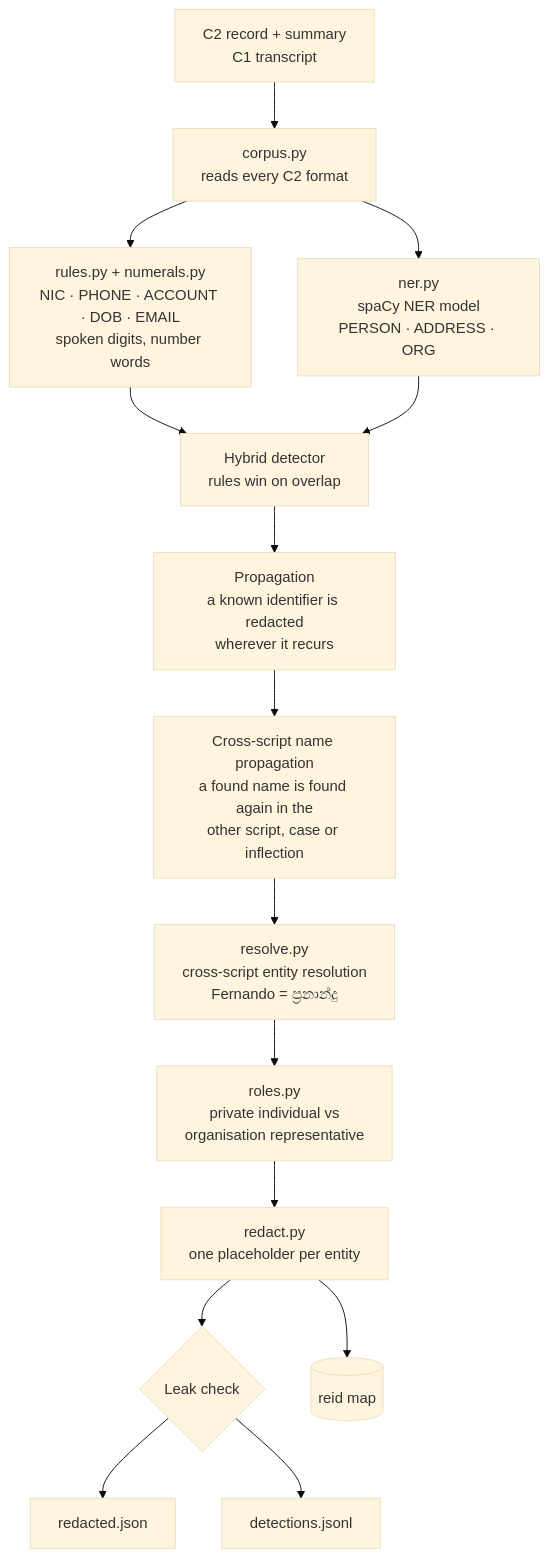
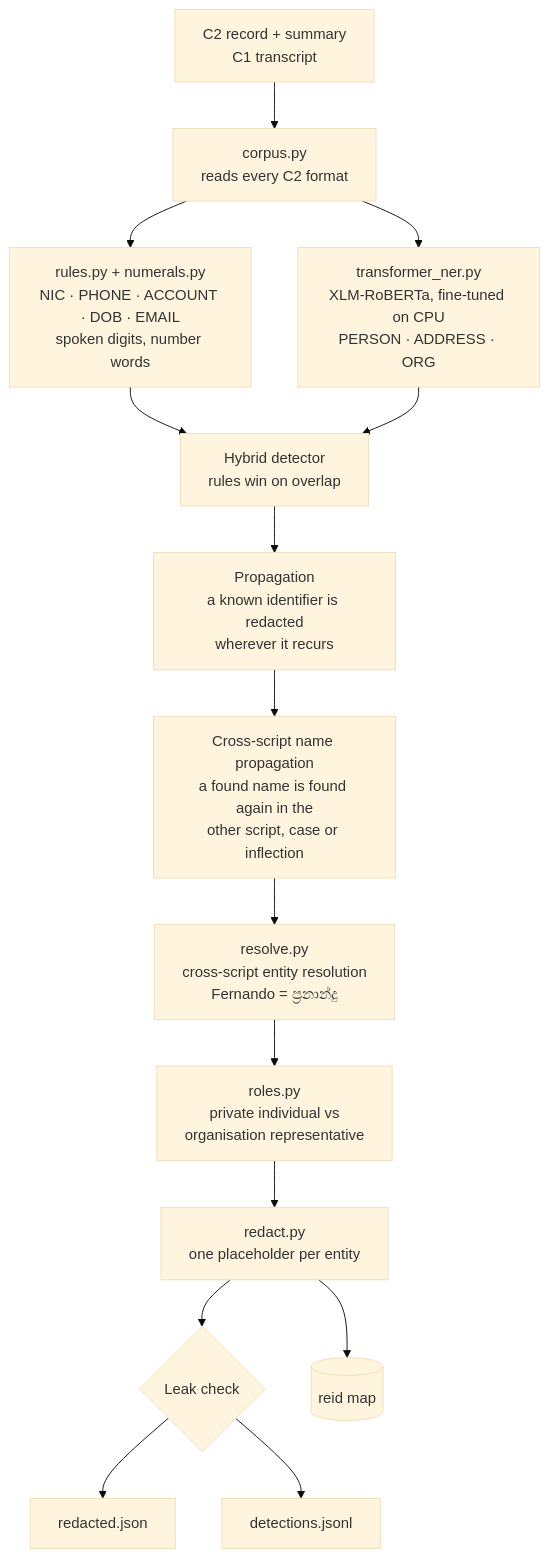
One commit to RumethAmare/J26-DS-313-SORA changed the second of 2 diagrams in c4/reports/ARCHITECTURE.md. Above: the diagram before and after it, drawn with Mermaid (base theme). The commit also changed other lines of this file and 9 other files, not shown here.

````diff
--- a/c4/reports/ARCHITECTURE.md
+++ b/c4/reports/ARCHITECTURE.md
@@ -34,17 +34,17 @@
 ```mermaid
 flowchart TB
     IN[C2 record + summary<br/>C1 transcript] --> LOAD[corpus.py<br/>reads every C2 format]
     LOAD --> RULES[rules.py + numerals.py<br/>NIC · PHONE · ACCOUNT · DOB · EMAIL<br/>spoken digits, number words]
-    LOAD --> NER[ner.py<br/>spaCy NER model<br/>PERSON · ADDRESS · ORG]
+    LOAD --> NER[transformer_ner.py<br/>XLM-RoBERTa, fine-tuned on CPU<br/>PERSON · ADDRESS · ORG]
     RULES --> HYB[Hybrid detector<br/>rules win on overlap]
     NER --> HYB
     HYB --> PROP[Propagation<br/>a known identifier is redacted<br/>wherever it recurs]
     PROP --> NAMES[Cross-script name propagation<br/>a found name is found again in the<br/>other script, case or inflection]
     NAMES --> RES[resolve.py<br/>cross-script entity resolution<br/>Fernando = ප්‍රනාන්දු]
     RES --> ROLE[roles.py<br/>private individual vs<br/>organisation representative]
     ROLE --> RED[redact.py<br/>one placeholder per entity]
     RED --> LEAK{Leak check}
     LEAK --> O1[redacted.json]
     LEAK --> O2[detections.jsonl]
     RED --> O3[(reid map)]
 ```
````
